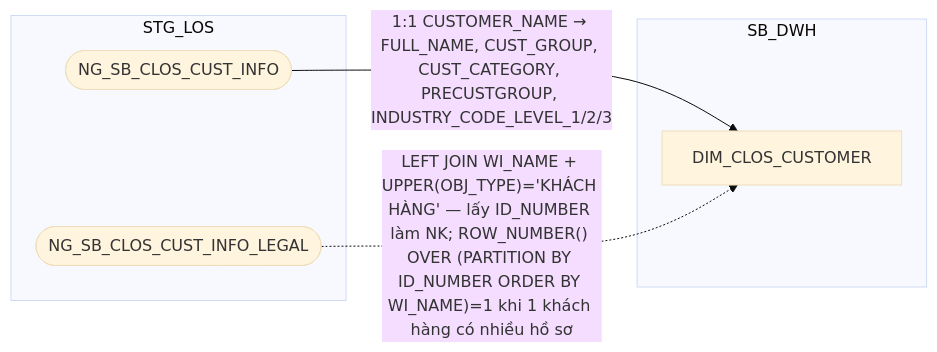
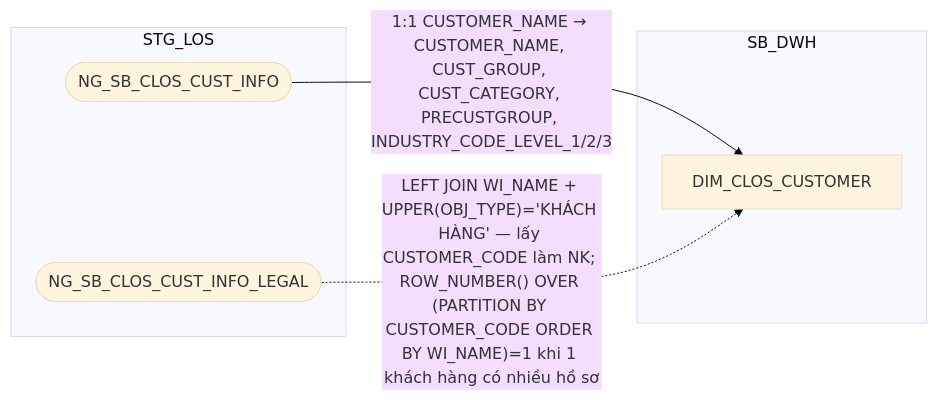
The fourth of 14 diagrams in hld/hld_review/HLD_DIM_SB_DWH_review.md (chien1198/sb-mapping-gen), drawn with Mermaid (base theme) before and after one commit. The commit also changed other lines of this file and 39 other files, not shown here.

````diff
--- a/hld/hld_review/HLD_DIM_SB_DWH_review.md
+++ b/hld/hld_review/HLD_DIM_SB_DWH_review.md
@@ -219,12 +219,12 @@
 ```mermaid
 flowchart LR
     subgraph STG_LOS
         A(["NG_SB_CLOS_CUST_INFO"])
         L(["NG_SB_CLOS_CUST_INFO_LEGAL"])
     end
     subgraph SB_DWH
         E["DIM_CLOS_CUSTOMER"]
     end
-    A -->|1:1 CUSTOMER_NAME → FULL_NAME, CUST_GROUP, CUST_CATEGORY, PRECUSTGROUP, INDUSTRY_CODE_LEVEL_1/2/3| E
-    L -.->|"LEFT JOIN WI_NAME + UPPER(OBJ_TYPE)='KHÁCH HÀNG' — lấy ID_NUMBER làm NK; ROW_NUMBER() OVER (PARTITION BY ID_NUMBER ORDER BY WI_NAME)=1 khi 1 khách hàng có nhiều hồ sơ"| E
+    A -->|1:1 CUSTOMER_NAME → CUSTOMER_NAME, CUST_GROUP, CUST_CATEGORY, PRECUSTGROUP, INDUSTRY_CODE_LEVEL_1/2/3| E
+    L -.->|"LEFT JOIN WI_NAME + UPPER(OBJ_TYPE)='KHÁCH HÀNG' — lấy CUSTOMER_CODE làm NK; ROW_NUMBER() OVER (PARTITION BY CUSTOMER_CODE ORDER BY WI_NAME)=1 khi 1 khách hàng có nhiều hồ sơ"| E
 ```
````
